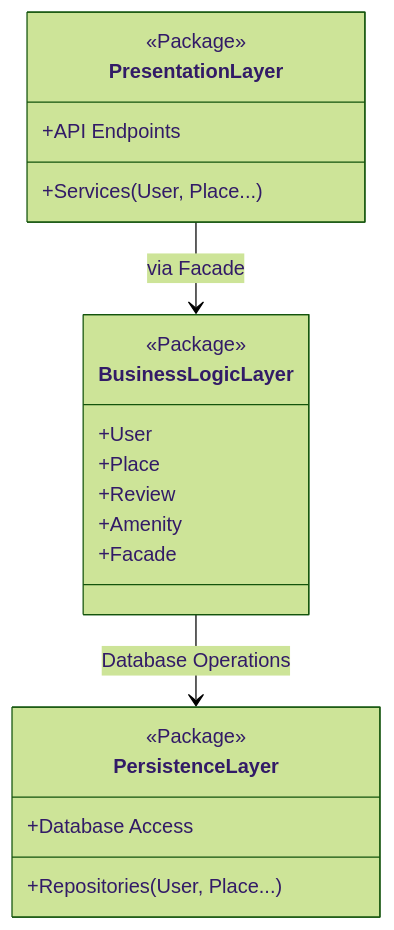
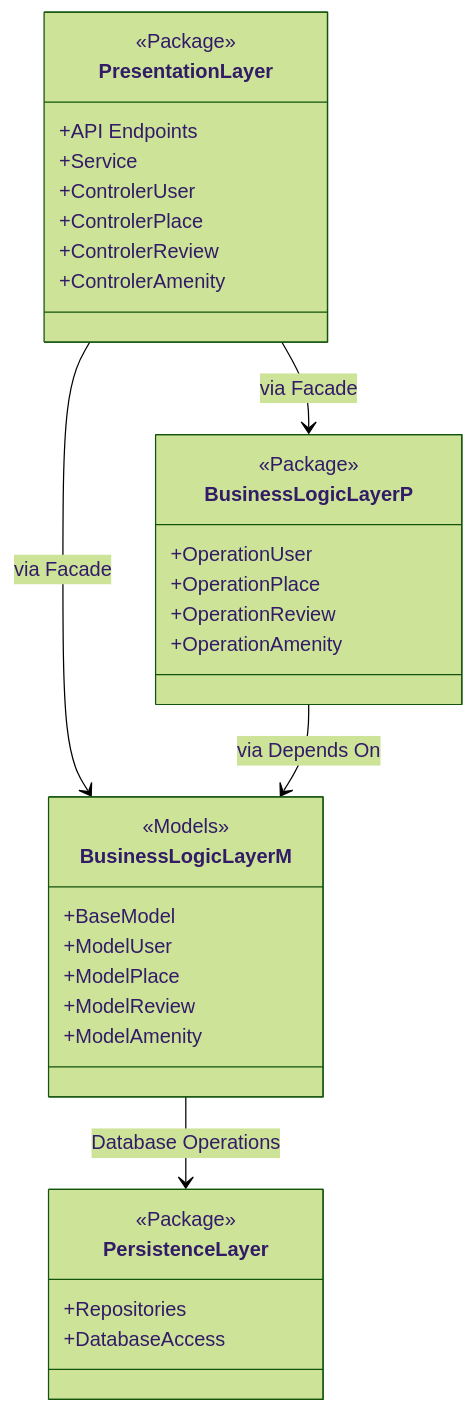
The diagram in part1/hl_package_diagram.md (PrmDem/holbertonschool-hbnb), drawn with Mermaid (forest theme) before and after one commit.

Commit message:
[fix] added Models and links

````diff
--- a/part1/hl_package_diagram.md
+++ b/part1/hl_package_diagram.md
@@ -2,28 +2,42 @@
 ```mermaid
 classDiagram
     %% --- Packages ---
     class PresentationLayer {
         <<Package>>
         +API Endpoints
-        +Services (User, Place...)
+        +Service
+        +ControlerUser
+        +ControlerPlace
+        +ControlerReview
+        +ControlerAmenity
     }
 
-    class BusinessLogicLayer {
+    class BusinessLogicLayerP {
         <<Package>>
-        +User
-        +Place
-        +Review
-        +Amenity
-        +Facade
+        +OperationUser
+        +OperationPlace
+        +OperationReview
+        +OperationAmenity
+    }
+
+    class BusinessLogicLayerM {
+        <<Models>>
+        +BaseModel
+        +ModelUser
+        +ModelPlace
+        +ModelReview
+        +ModelAmenity
     }
 
     class PersistenceLayer {
         <<Package>>
-        +Repositories (User, Place...)
-        +Database Access
+        +Repositories
+        +DatabaseAccess
     }
 
     %% --- Relations ---
-    PresentationLayer --> BusinessLogicLayer : via Facade
-    BusinessLogicLayer --> PersistenceLayer : Database Operations
+    PresentationLayer --> BusinessLogicLayerP : via Facade
+    PresentationLayer --> BusinessLogicLayerM : via Facade
+    BusinessLogicLayerP --> BusinessLogicLayerM : via Depends On
+    BusinessLogicLayerM --> PersistenceLayer : Database Operations
 ```
````
